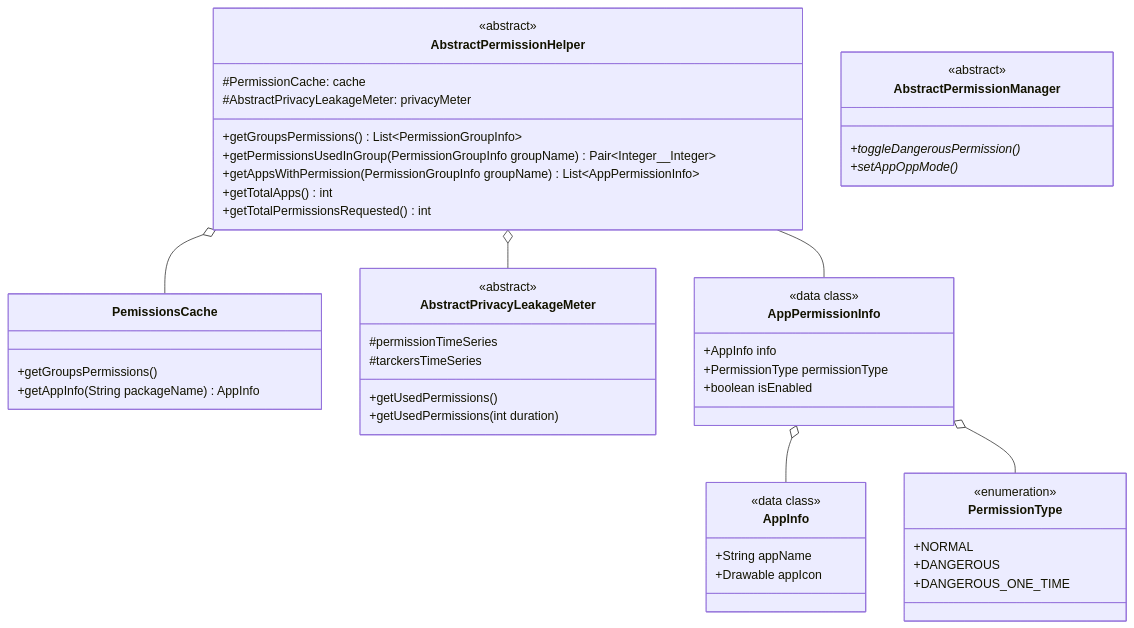
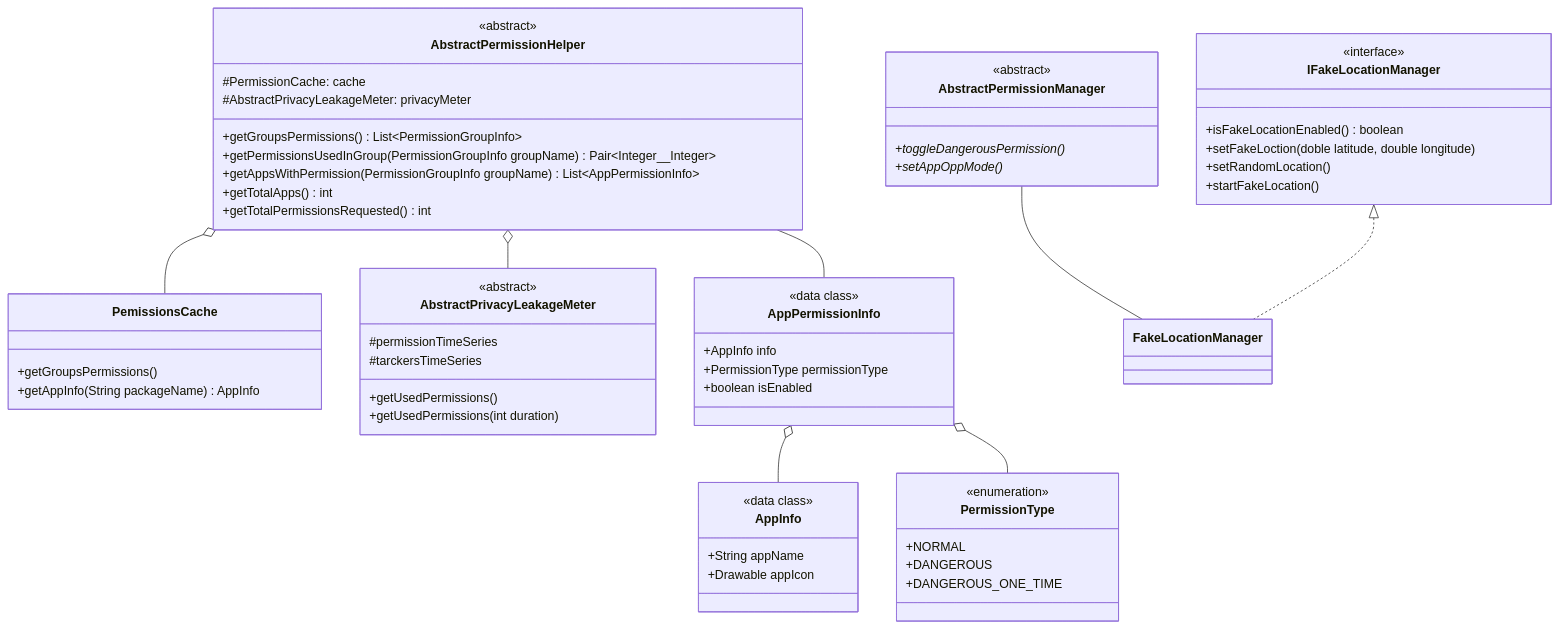
Before and after one commit to LedgerProject/e_privacycentral_privacymodulesapi: the diagram in README.md, drawn with Mermaid. The commit also changed other lines of this file, not shown here.

Commit message:
Update README.md - FakeLocation UML class diagrams (v.0.0.2.2).

````diff
--- a/README.md
+++ b/README.md
@@ -33,59 +33,70 @@
 ```mermaid
 classDiagram
     AbstractPermissionHelper o-- PemissionsCache
     AbstractPermissionHelper o-- AbstractPrivacyLeakageMeter
     AbstractPermissionHelper -- AppPermissionInfo
 
     AppPermissionInfo o-- AppInfo
     AppPermissionInfo o-- PermissionType
 
+    AbstractPermissionManager -- FakeLocationManager
+    IFakeLocationManager <|.. FakeLocationManager
+ 
     class AbstractPermissionHelper{
         <<abstract>>
         #PermissionCache: cache
         #AbstractPrivacyLeakageMeter: privacyMeter
         +getGroupsPermissions() List~PermissionGroupInfo~
         +getPermissionsUsedInGroup(PermissionGroupInfo groupName) Pair~Integer__Integer~
         +getAppsWithPermission(PermissionGroupInfo groupName) List~AppPermissionInfo~
         +getTotalApps() int
         +getTotalPermissionsRequested() int
     }
 
     class PemissionsCache{
       +getGroupsPermissions()
       +getAppInfo(String packageName) AppInfo
     }
 
     class AbstractPrivacyLeakageMeter{
       <<abstract>>
       #permissionTimeSeries
       #tarckersTimeSeries
       +getUsedPermissions()
       +getUsedPermissions(int duration)
     }
 
     class AppPermissionInfo{
     <<data class>>
       +AppInfo info
       +PermissionType permissionType
       +boolean isEnabled
     }
 
     class AppInfo{
     <<data class>>
       +String appName
       +Drawable appIcon
     }
 
     class PermissionType{
     <<enumeration>>
       +NORMAL
       +DANGEROUS
       +DANGEROUS_ONE_TIME
     }
 
     class AbstractPermissionManager{
     <<abstract>>
     +toggleDangerousPermission()*
     +setAppOppMode()*
-    }     
+    }
+
+    class IFakeLocationManager{
+    <<interface>>
+    +isFakeLocationEnabled() boolean
+    +setFakeLoction(doble latitude, double longitude)
+    +setRandomLocation()
+    +startFakeLocation()
+    }   
 ```
````
